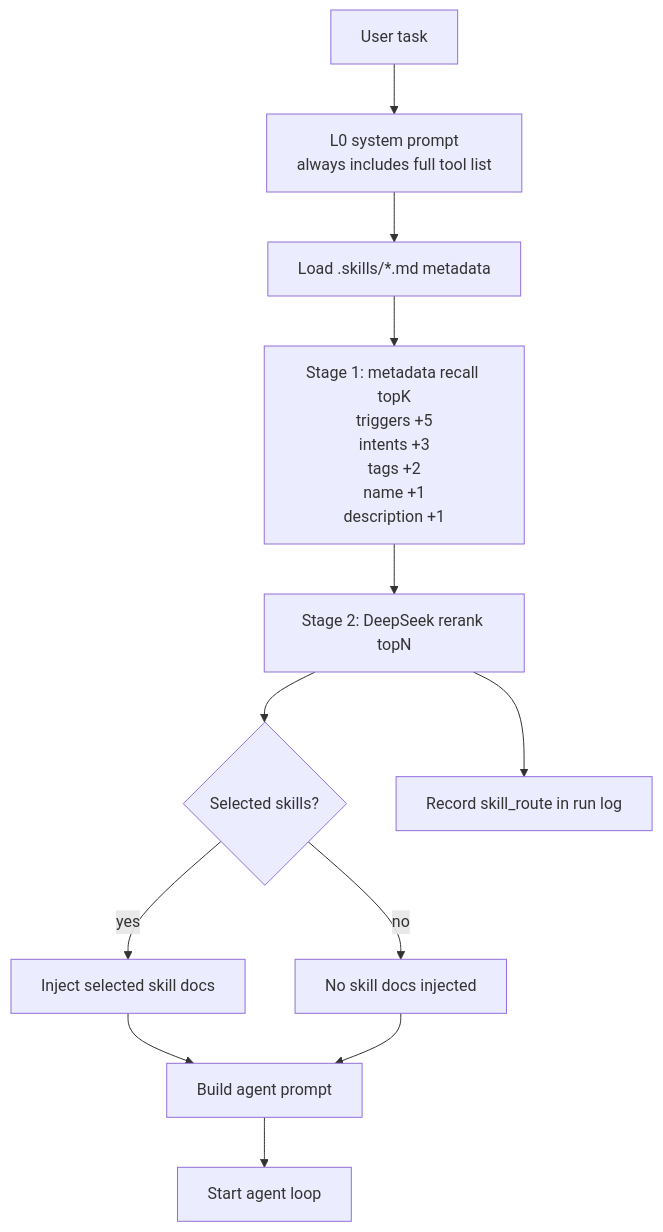
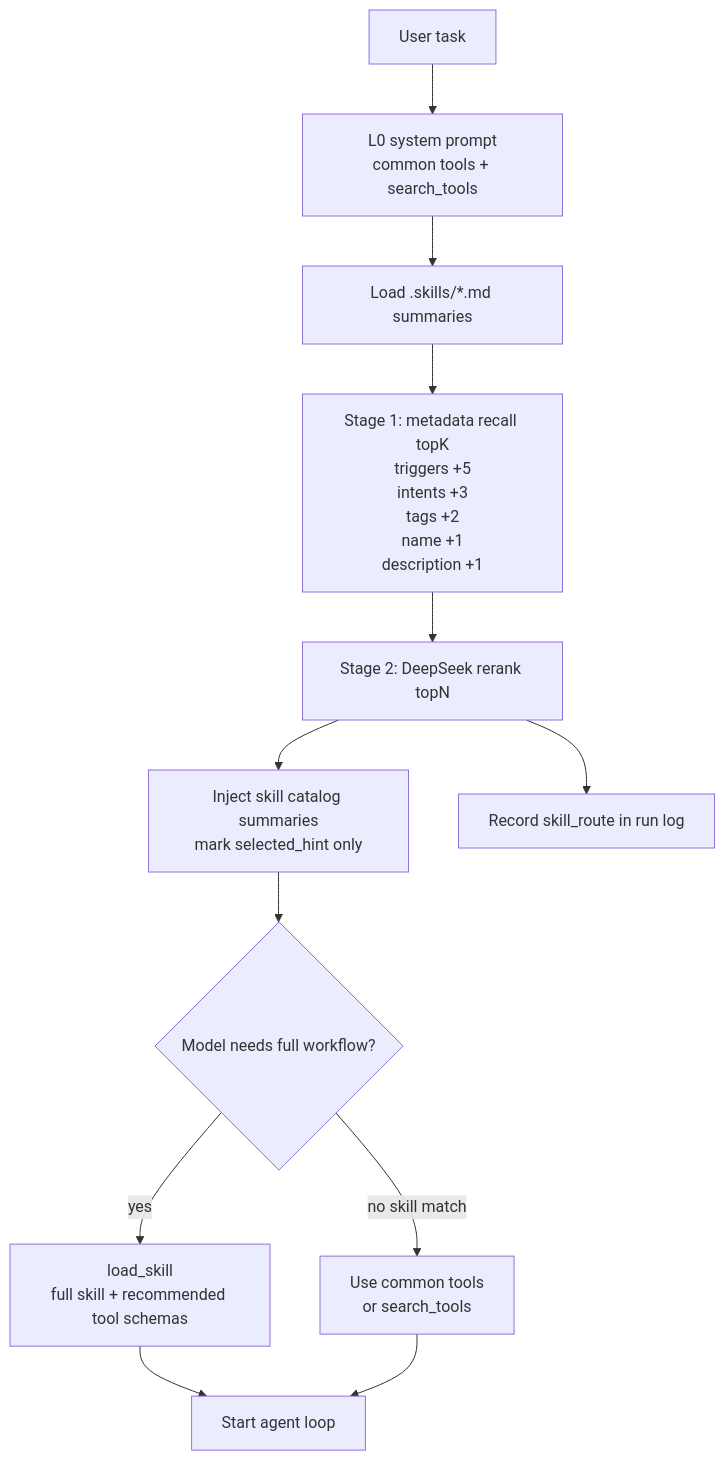
The eighth of 15 diagrams in README.md (Cachuela11/MiniCode), drawn with Mermaid before and after one commit. The commit also changed other lines of this file and 10 other files, not shown here.

Commit message:
update skill&tool retrival

````diff
--- a/README.md
+++ b/README.md
@@ -614,14 +614,14 @@
 ```mermaid
 flowchart TD
-    A[User task] --> B[L0 system prompt<br/>always includes full tool list]
-    B --> C[Load .skills/*.md metadata]
+    A[User task] --> B[L0 system prompt<br/>common tools + search_tools]
+    B --> C[Load .skills/*.md summaries]
     C --> D[Stage 1: metadata recall topK<br/>triggers +5<br/>intents +3<br/>tags +2<br/>name +1<br/>description +1]
     D --> E[Stage 2: DeepSeek rerank topN]
-    E --> F{Selected skills?}
-    F -->|yes| G[Inject selected skill docs]
-    F -->|no| H[No skill docs injected]
-    G --> I[Build agent prompt]
-    H --> I
+    E --> F[Inject skill catalog summaries<br/>mark selected_hint only]
+    F --> G{Model needs full workflow?}
+    G -->|yes| H[load_skill<br/>full skill + recommended tool schemas]
+    G -->|no skill match| I[Use common tools<br/>or search_tools]
     E --> J[Record skill_route in run log]
-    I --> K[Start agent loop]
+    H --> K[Start agent loop]
+    I --> K
 ```
````
